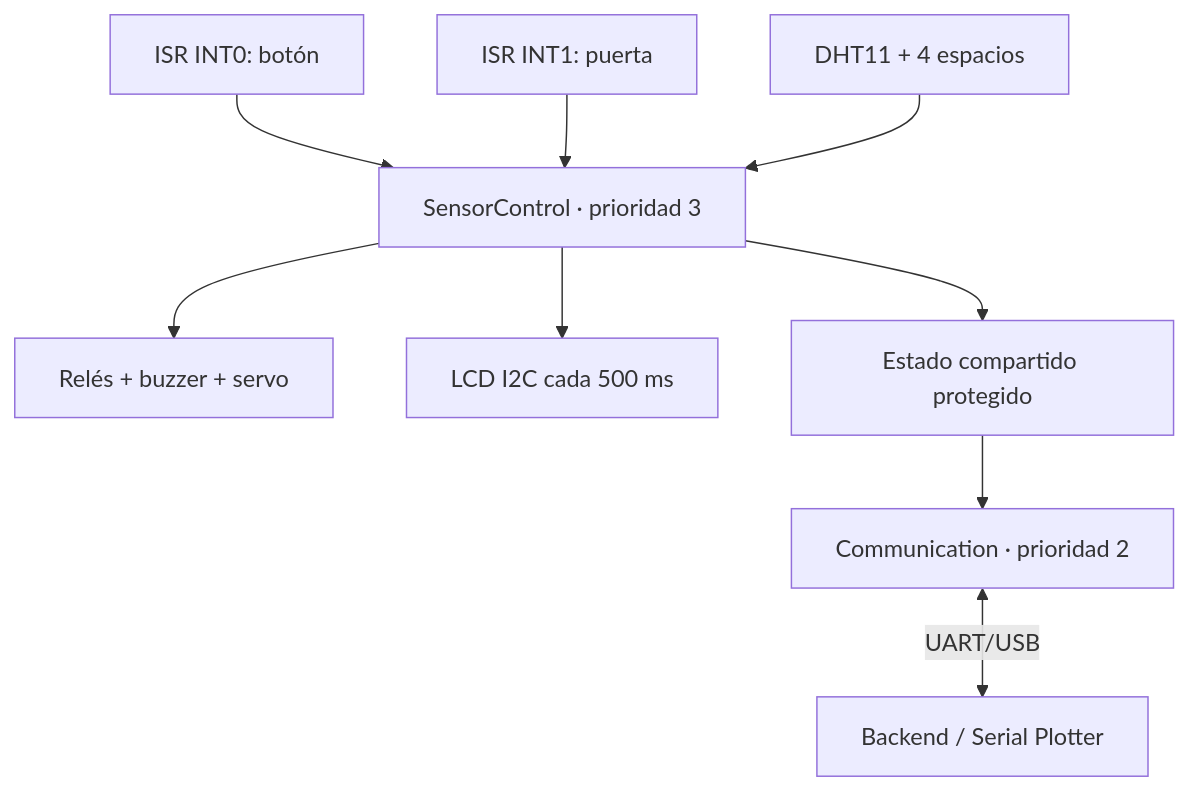
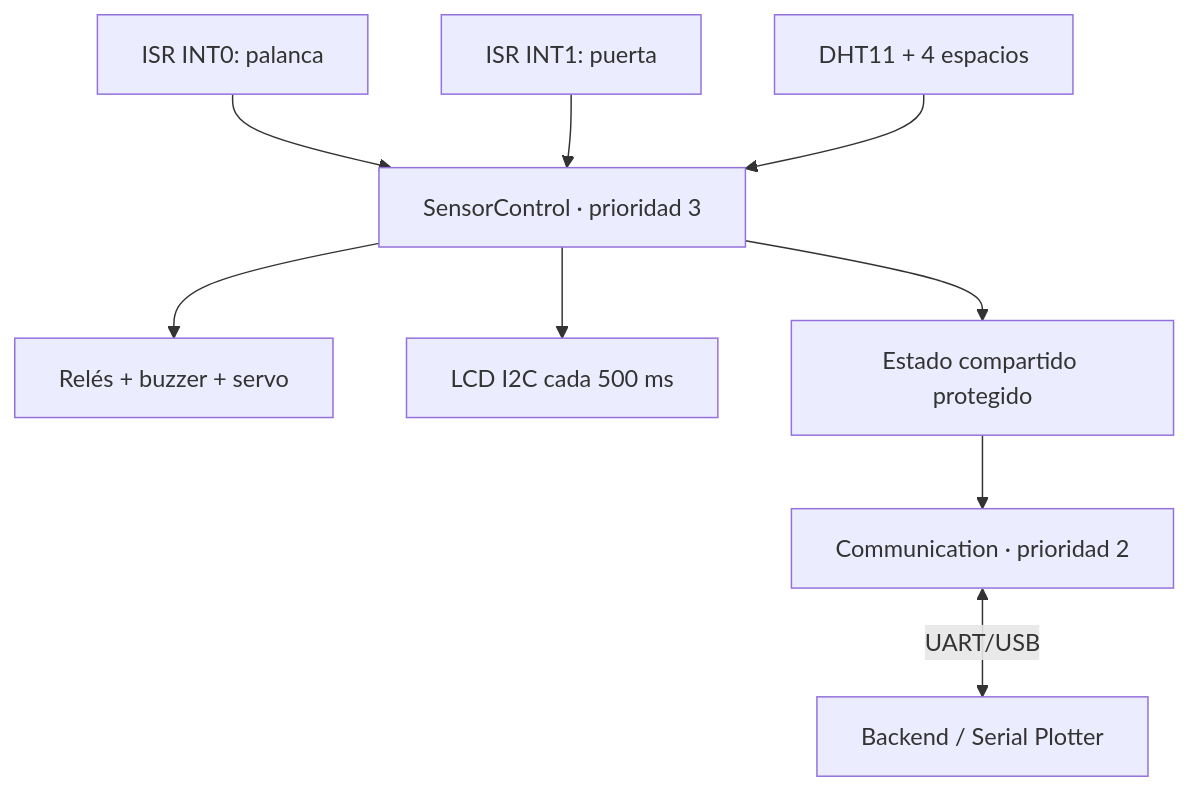
One commit to ricardious/AYC2_G3 changed the diagram in Practica_1_SmartEgg/firmware/README.md. Above: the diagram before and after it, drawn with Mermaid. The commit also changed other lines of this file and 2 other files, not shown here.

````diff
--- a/Practica_1_SmartEgg/firmware/README.md
+++ b/Practica_1_SmartEgg/firmware/README.md
@@ -48,11 +49,11 @@
 ```mermaid
 flowchart TD
-    INT0[ISR INT0: botón] --> SC[SensorControl · prioridad 3]
+    INT0[ISR INT0: palanca] --> SC[SensorControl · prioridad 3]
     INT1[ISR INT1: puerta] --> SC
     DHT[DHT11 + 4 espacios] --> SC
     SC --> OUT[Relés + buzzer + servo]
     SC --> LCD[LCD I2C cada 500 ms]
     SC --> STATE[Estado compartido protegido]
     STATE --> COM[Communication · prioridad 2]
     COM <-->|UART/USB| PC[Backend / Serial Plotter]
 ```
````
